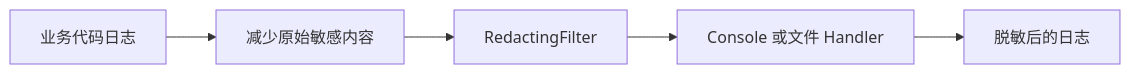
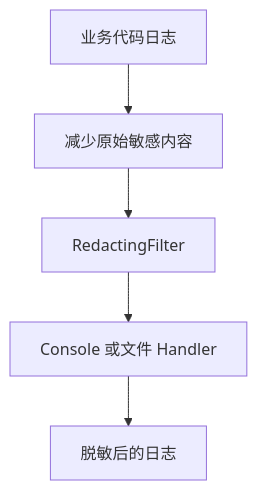
One commit to myth8/zzx-ai-agent changed the third of 5 diagrams in docs/blogs/阶段0.1-敏感配置治理与安全基线.md. Above: the diagram before and after it, drawn with Mermaid. The commit also changed other lines of this file and 27 other files, not shown here.

````diff
--- a/docs/blogs/阶段0.1-敏感配置治理与安全基线.md
+++ b/docs/blogs/阶段0.1-敏感配置治理与安全基线.md
@@ -415,7 +404,7 @@
 ```mermaid
-flowchart LR
-    CODE[业务代码日志] --> MIN[减少原始敏感内容]
-    MIN --> FILTER[RedactingFilter]
-    FILTER --> HANDLER[Console 或文件 Handler]
-    HANDLER --> OUTPUT[脱敏后的日志]
+flowchart TD
+    CODE["业务代码日志"] --> MIN["减少原始敏感内容"]
+    MIN --> FILTER["RedactingFilter"]
+    FILTER --> HANDLER["Console 或文件 Handler"]
+    HANDLER --> OUTPUT["脱敏后的日志"]
 ```
````
